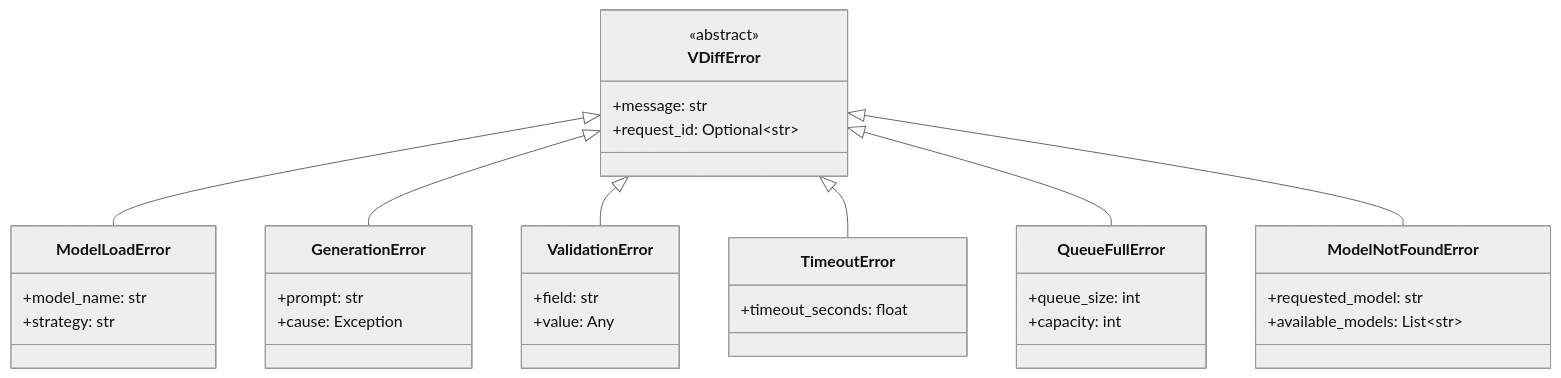
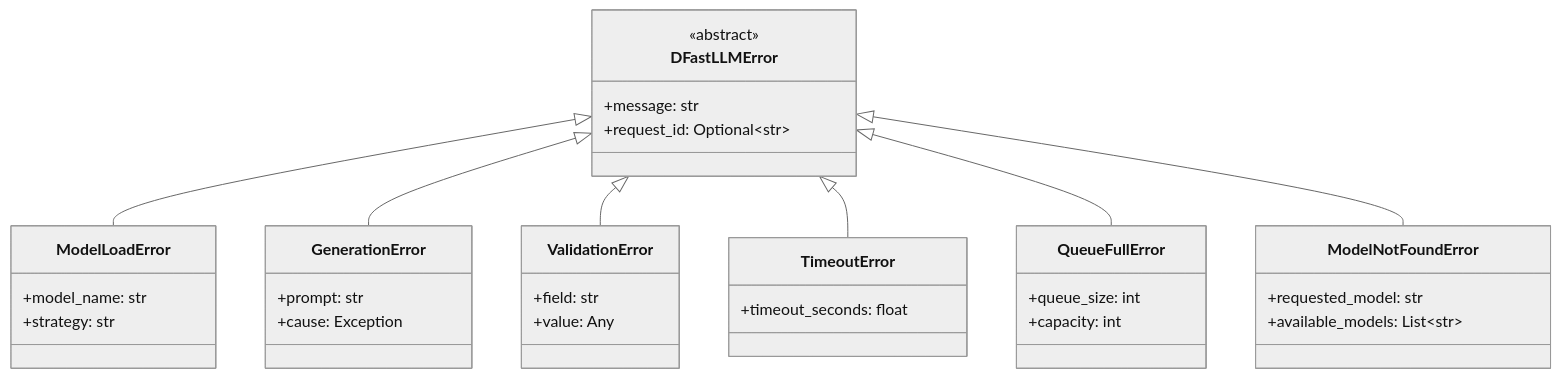
Before and after one commit to mwaykole/vdiff: diagram 11 of 16 in docs/design/LLD.md, drawn with Mermaid (neutral theme). The commit also changed other lines of this file and 53 other files, not shown here.

````diff
--- a/docs/design/LLD.md
+++ b/docs/design/LLD.md
@@ -775,44 +775,44 @@
 ```mermaid
 classDiagram
-    class VDiffError {
+    class DFastLLMError {
         <<abstract>>
         +message: str
         +request_id: Optional~str~
     }
     
     class ModelLoadError {
         +model_name: str
         +strategy: str
     }
     
     class GenerationError {
         +prompt: str
         +cause: Exception
     }
     
     class ValidationError {
         +field: str
         +value: Any
     }
     
     class TimeoutError {
         +timeout_seconds: float
     }
     
     class QueueFullError {
         +queue_size: int
         +capacity: int
     }
     
     class ModelNotFoundError {
         +requested_model: str
         +available_models: List~str~
     }
     
-    VDiffError <|-- ModelLoadError
-    VDiffError <|-- GenerationError
-    VDiffError <|-- ValidationError
-    VDiffError <|-- TimeoutError
-    VDiffError <|-- QueueFullError
-    VDiffError <|-- ModelNotFoundError
+    DFastLLMError <|-- ModelLoadError
+    DFastLLMError <|-- GenerationError
+    DFastLLMError <|-- ValidationError
+    DFastLLMError <|-- TimeoutError
+    DFastLLMError <|-- QueueFullError
+    DFastLLMError <|-- ModelNotFoundError
 ```
````
